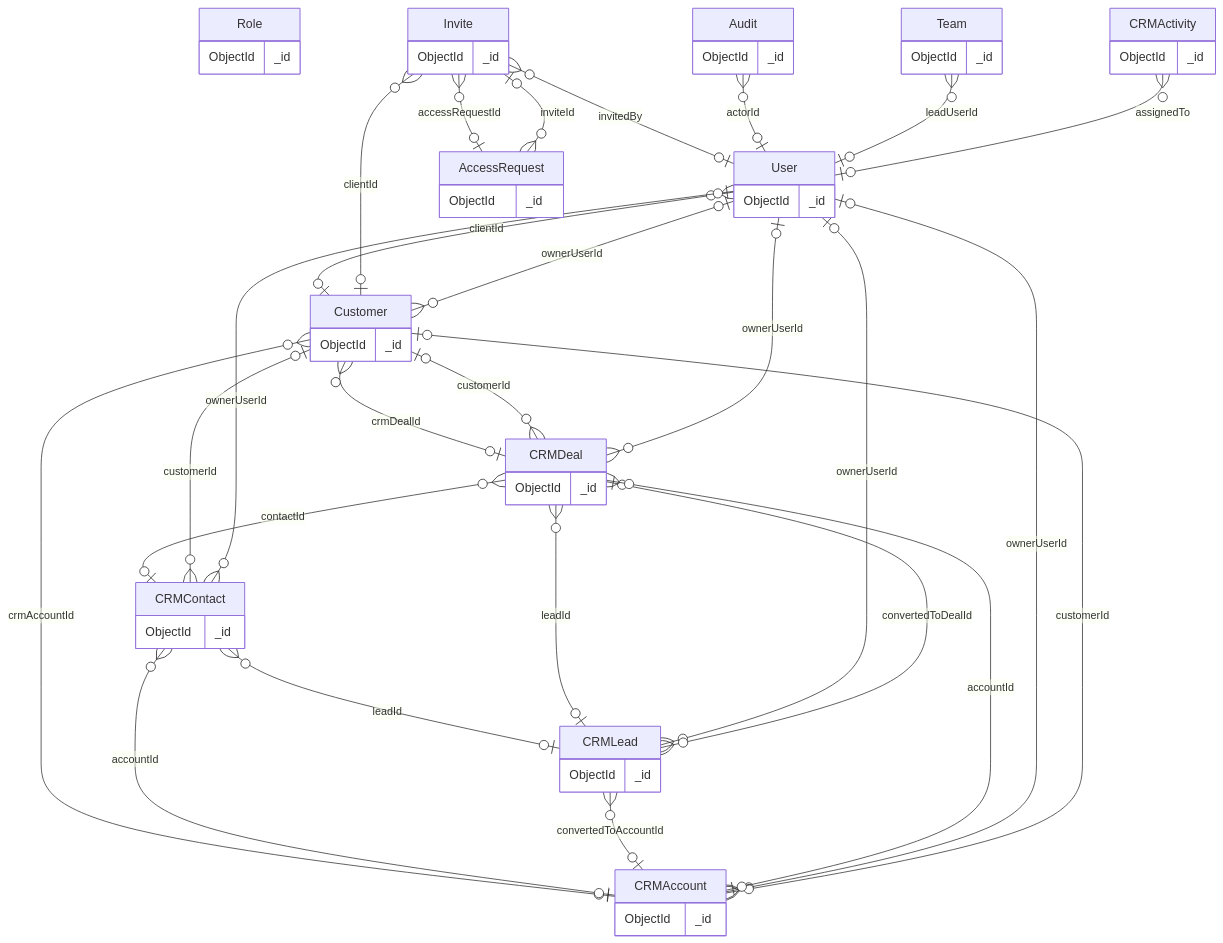
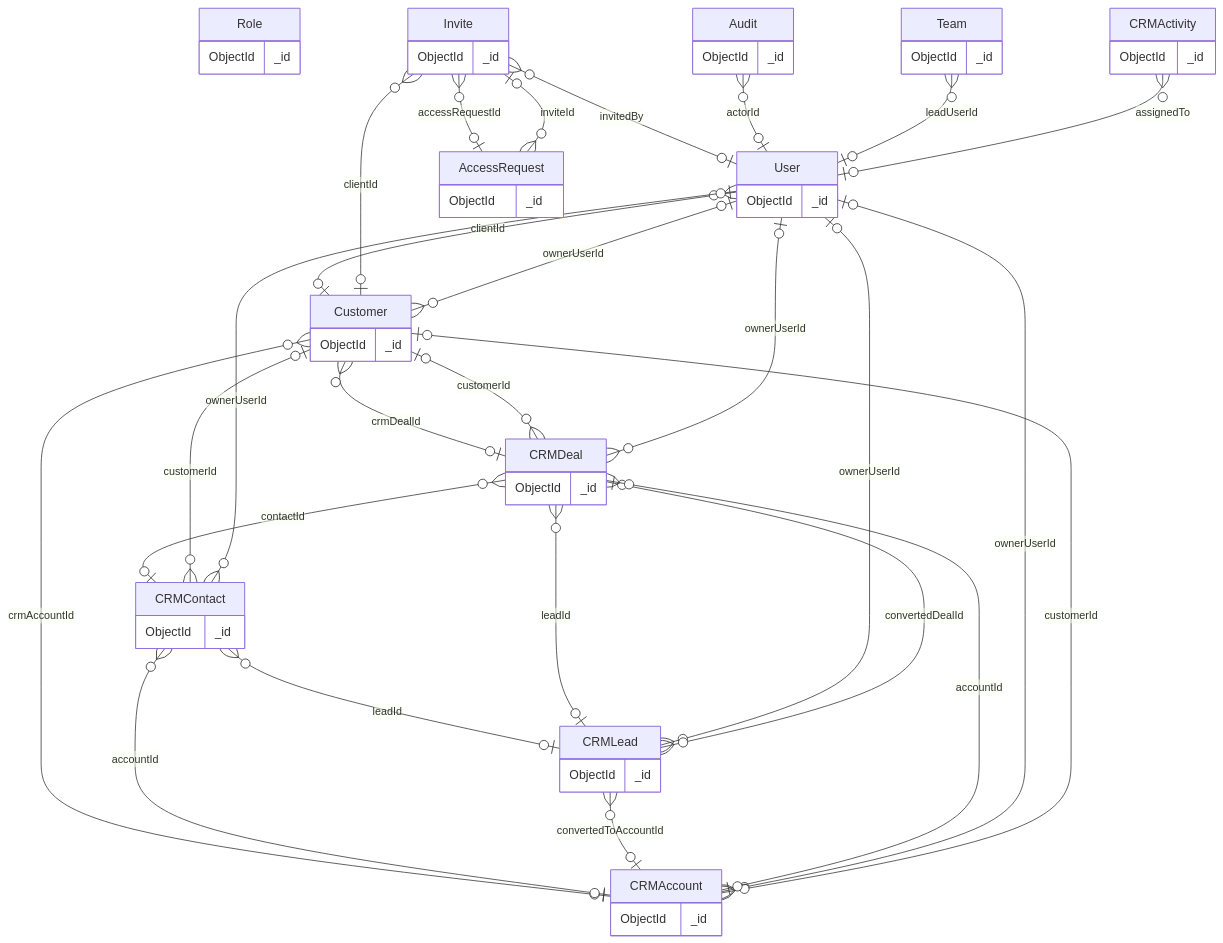
Before and after one commit to HassanAlhag/expresso-portal: the first of 5 diagrams in docs/architecture/DATABASE-MAP.md, drawn with Mermaid. The commit also changed other lines of this file and 13 other files, not shown here.

````diff
--- a/docs/architecture/DATABASE-MAP.md
+++ b/docs/architecture/DATABASE-MAP.md
@@ -161,64 +161,64 @@
 ```mermaid
 erDiagram
     User {
         ObjectId _id
     }
     Role {
         ObjectId _id
     }
     Invite {
         ObjectId _id
     }
     AccessRequest {
         ObjectId _id
     }
     Audit {
         ObjectId _id
     }
     Team {
         ObjectId _id
     }
     Customer {
         ObjectId _id
     }
     CRMAccount {
         ObjectId _id
     }
     CRMContact {
         ObjectId _id
     }
     CRMLead {
         ObjectId _id
     }
     CRMDeal {
         ObjectId _id
     }
     CRMActivity {
         ObjectId _id
     }
     User }o--o| Customer : clientId
     Invite }o--o| User : invitedBy
     Invite }o--o| Customer : clientId
     Invite }o--o| AccessRequest : accessRequestId
     AccessRequest }o--o| Invite : inviteId
     Audit }o--o| User : actorId
     Team }o--o| User : leadUserId
     Customer }o--o| User : ownerUserId
     Customer }o--o| CRMAccount : crmAccountId
     Customer }o--o| CRMDeal : crmDealId
     CRMAccount }o--o| User : ownerUserId
     CRMAccount }o--o| Customer : customerId
     CRMContact }o--o| CRMAccount : accountId
     CRMContact }o--o| Customer : customerId
     CRMContact }o--o| CRMLead : leadId
     CRMContact }o--o| User : ownerUserId
     CRMLead }o--o| User : ownerUserId
     CRMLead }o--o| CRMAccount : convertedToAccountId
-    CRMLead }o--o| CRMDeal : convertedToDealId
+    CRMLead }o--o| CRMDeal : convertedDealId
     CRMDeal }o--o| CRMAccount : accountId
     CRMDeal }o--o| CRMContact : contactId
     CRMDeal }o--o| CRMLead : leadId
     CRMDeal }o--o| Customer : customerId
     CRMDeal }o--o| User : ownerUserId
     CRMActivity }o--o| User : assignedTo
 ```
````
